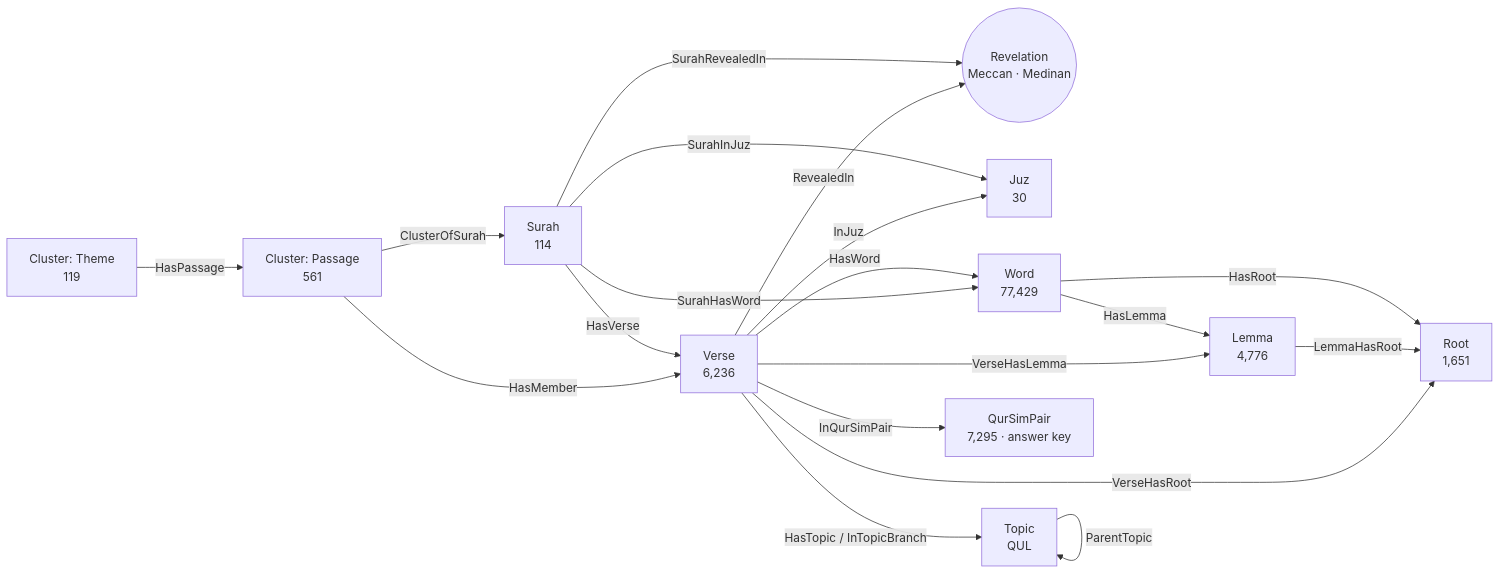
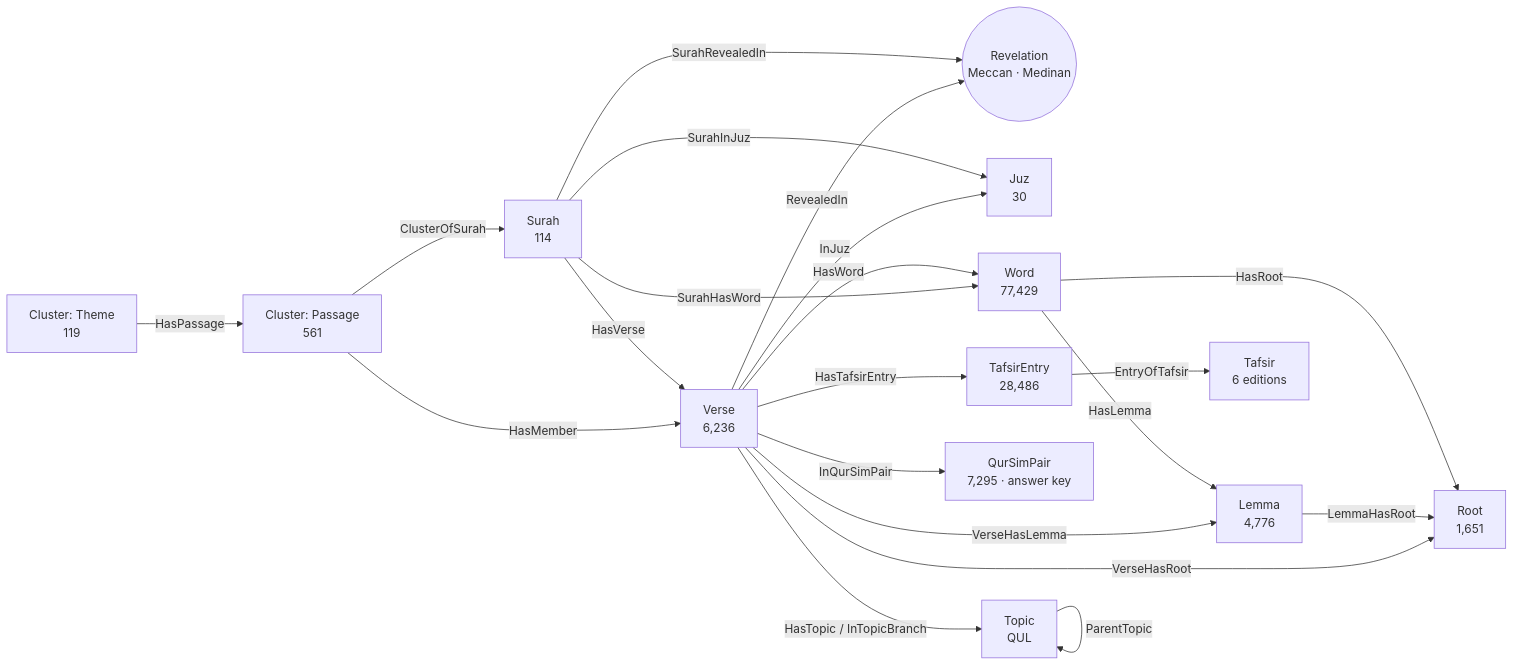
One commit to omarjabloun-hub/quran-knowledge-graph changed the diagram in docs/graph-model.md. Above: the diagram before and after it, drawn with Mermaid. The commit also changed other lines of this file and 12 other files, not shown here.

First line of the commit message:
Graph: Tafsir and TafsirEntry nodes, linked to every verse they explain

````diff
--- a/docs/graph-model.md
+++ b/docs/graph-model.md
@@ -8,22 +8,24 @@
 ```mermaid
 flowchart LR
     Revelation((Revelation<br/>Meccan · Medinan))
     Surah[Surah<br/>114] -- HasVerse --> Verse[Verse<br/>6,236]
     Surah -- SurahInJuz --> Juz[Juz<br/>30]
     Surah -- SurahRevealedIn --> Revelation
     Verse -- InJuz --> Juz
     Verse -- RevealedIn --> Revelation
     Verse -- HasWord --> Word[Word<br/>77,429]
     Surah -- SurahHasWord --> Word
     Word -- HasRoot --> Root[Root<br/>1,651]
     Word -- HasLemma --> Lemma[Lemma<br/>4,776]
     Lemma -- LemmaHasRoot --> Root
     Verse -- VerseHasRoot --> Root
     Verse -- VerseHasLemma --> Lemma
     Verse -- HasTopic / InTopicBranch --> Topic[Topic<br/>QUL]
     Topic -- ParentTopic --> Topic
     Verse -- InQurSimPair --> QurSimPair[QurSimPair<br/>7,295 · answer key]
+    Verse -- HasTafsirEntry --> TafsirEntry[TafsirEntry<br/>28,486]
+    TafsirEntry -- EntryOfTafsir --> Tafsir[Tafsir<br/>6 editions]
     Passage[Cluster: Passage<br/>561] -- HasMember --> Verse
     Passage -- ClusterOfSurah --> Surah
     Theme[Cluster: Theme<br/>119] -- HasPassage --> Passage
 ```
````
